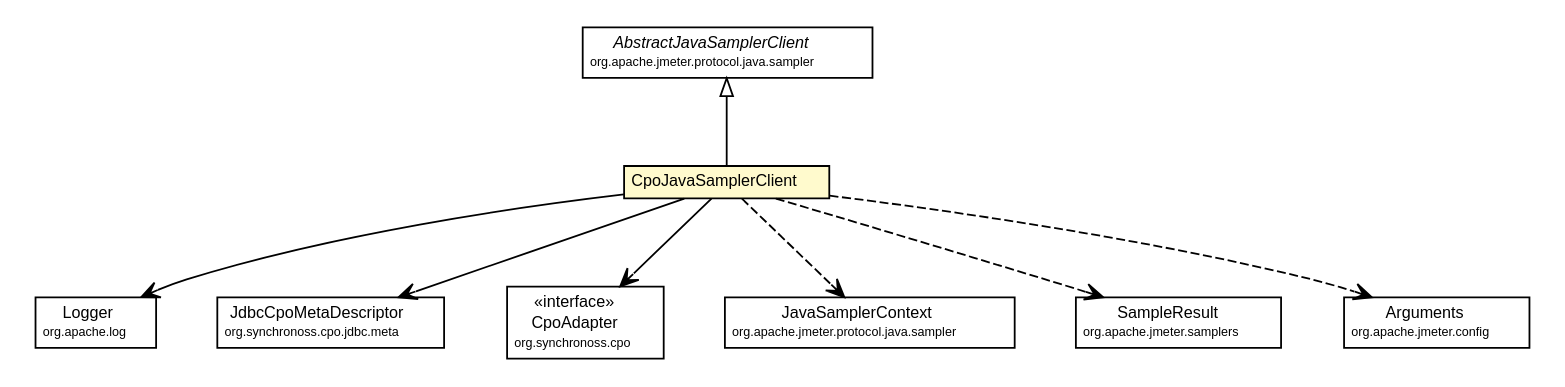
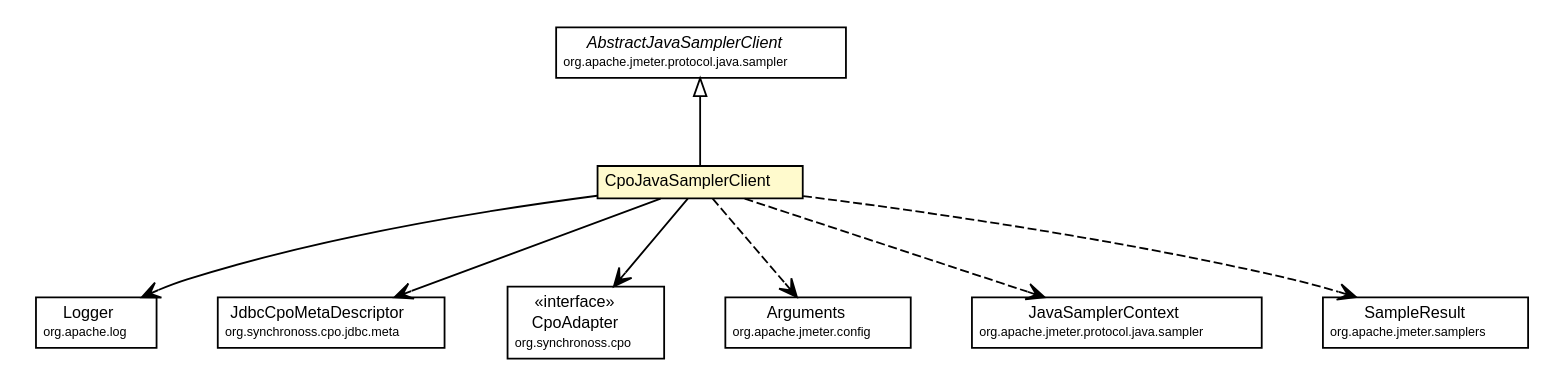
The diagram in site/testapidocs/org/synchronoss/cpo/jdbc/jmeter/CpoJavaSamplerClient.dot (synchronoss/cpo-api), drawn with Graphviz before and after one commit. The commit also changed 861 other files, not shown here.

```diff
--- a/site/testapidocs/org/synchronoss/cpo/jdbc/jmeter/CpoJavaSamplerClient.dot
+++ b/site/testapidocs/org/synchronoss/cpo/jdbc/jmeter/CpoJavaSamplerClient.dot
@@ -1,80 +1,80 @@
 #!/usr/local/bin/dot
 #
 # Class diagram 
 # Generated by UmlGraph version 4.6 (http://www.spinellis.gr/sw/umlgraph)
 #
 
 digraph G {
 	edge [fontname="Helvetica",fontsize=10,labelfontname="Helvetica",labelfontsize=10];
 	node [fontname="Helvetica",fontsize=10,shape=plaintext];
 	// org.synchronoss.cpo.jdbc.jmeter.CpoJavaSamplerClient
 	c2114 [label=<<table border="0" cellborder="1" cellspacing="0" cellpadding="2" port="p" bgcolor="lemonChiffon" href="./CpoJavaSamplerClient.html">
 		<tr><td><table border="0" cellspacing="0" cellpadding="1">
 			<tr><td> CpoJavaSamplerClient </td></tr>
 		</table></td></tr>
 		</table>>, fontname="Helvetica", fontcolor="black", fontsize=9.0];
 	//org.synchronoss.cpo.jdbc.jmeter.CpoJavaSamplerClient extends org.apache.jmeter.protocol.java.sampler.AbstractJavaSamplerClient
 	c2135:p -> c2114:p [dir=back,arrowtail=empty];
 	// org.synchronoss.cpo.jdbc.jmeter.CpoJavaSamplerClient NAVASSOC org.apache.log.Logger
 	c2114:p -> c2141:p [taillabel="", label="", headlabel="", fontname="Helvetica", fontcolor="black", fontsize=10.0, color="black", arrowhead=open];
 	// org.synchronoss.cpo.jdbc.jmeter.CpoJavaSamplerClient NAVASSOC org.synchronoss.cpo.jdbc.meta.JdbcCpoMetaDescriptor
 	c2114:p -> c2142:p [taillabel="", label="", headlabel="", fontname="Helvetica", fontcolor="black", fontsize=10.0, color="black", arrowhead=open];
 	// org.synchronoss.cpo.jdbc.jmeter.CpoJavaSamplerClient NAVASSOC org.synchronoss.cpo.CpoAdapter
 	c2114:p -> c2143:p [taillabel="", label="", headlabel="", fontname="Helvetica", fontcolor="black", fontsize=10.0, color="black", arrowhead=open];
+	// org.synchronoss.cpo.jdbc.jmeter.CpoJavaSamplerClient DEPEND org.apache.jmeter.config.Arguments
+	c2114:p -> c2147:p [taillabel="", label="", headlabel="", fontname="Helvetica", fontcolor="black", fontsize=10.0, color="black", arrowhead=open, style=dashed];
 	// org.synchronoss.cpo.jdbc.jmeter.CpoJavaSamplerClient DEPEND org.apache.jmeter.protocol.java.sampler.JavaSamplerContext
-	c2114:p -> c2145:p [taillabel="", label="", headlabel="", fontname="Helvetica", fontcolor="black", fontsize=10.0, color="black", arrowhead=open, style=dashed];
+	c2114:p -> c2149:p [taillabel="", label="", headlabel="", fontname="Helvetica", fontcolor="black", fontsize=10.0, color="black", arrowhead=open, style=dashed];
 	// org.synchronoss.cpo.jdbc.jmeter.CpoJavaSamplerClient DEPEND org.apache.jmeter.samplers.SampleResult
-	c2114:p -> c2149:p [taillabel="", label="", headlabel="", fontname="Helvetica", fontcolor="black", fontsize=10.0, color="black", arrowhead=open, style=dashed];
-	// org.synchronoss.cpo.jdbc.jmeter.CpoJavaSamplerClient DEPEND org.apache.jmeter.config.Arguments
 	c2114:p -> c2153:p [taillabel="", label="", headlabel="", fontname="Helvetica", fontcolor="black", fontsize=10.0, color="black", arrowhead=open, style=dashed];
 	// org.apache.jmeter.config.Arguments
-	c2153 [label=<<table border="0" cellborder="1" cellspacing="0" cellpadding="2" port="p" href="http://java.sun.com/j2se/1.4.2/docs/api/org/apache/jmeter/config/Arguments.html">
+	c2147 [label=<<table border="0" cellborder="1" cellspacing="0" cellpadding="2" port="p" href="http://java.sun.com/j2se/1.4.2/docs/api/org/apache/jmeter/config/Arguments.html">
 		<tr><td><table border="0" cellspacing="0" cellpadding="1">
 			<tr><td> Arguments </td></tr>
 			<tr><td><font point-size="7.0"> org.apache.jmeter.config </font></td></tr>
 		</table></td></tr>
 		</table>>, fontname="Helvetica", fontcolor="black", fontsize=9.0];
 	// org.apache.jmeter.protocol.java.sampler.AbstractJavaSamplerClient
 	c2135 [label=<<table border="0" cellborder="1" cellspacing="0" cellpadding="2" port="p" href="http://java.sun.com/j2se/1.4.2/docs/api/org/apache/jmeter/protocol/java/sampler/AbstractJavaSamplerClient.html">
 		<tr><td><table border="0" cellspacing="0" cellpadding="1">
 			<tr><td><font face="Helvetica-Oblique"> AbstractJavaSamplerClient </font></td></tr>
 			<tr><td><font point-size="7.0"> org.apache.jmeter.protocol.java.sampler </font></td></tr>
 		</table></td></tr>
 		</table>>, fontname="Helvetica", fontcolor="black", fontsize=9.0];
 	// org.apache.jmeter.protocol.java.sampler.JavaSamplerContext
-	c2145 [label=<<table border="0" cellborder="1" cellspacing="0" cellpadding="2" port="p" href="http://java.sun.com/j2se/1.4.2/docs/api/org/apache/jmeter/protocol/java/sampler/JavaSamplerContext.html">
+	c2149 [label=<<table border="0" cellborder="1" cellspacing="0" cellpadding="2" port="p" href="http://java.sun.com/j2se/1.4.2/docs/api/org/apache/jmeter/protocol/java/sampler/JavaSamplerContext.html">
 		<tr><td><table border="0" cellspacing="0" cellpadding="1">
 			<tr><td> JavaSamplerContext </td></tr>
 			<tr><td><font point-size="7.0"> org.apache.jmeter.protocol.java.sampler </font></td></tr>
 		</table></td></tr>
 		</table>>, fontname="Helvetica", fontcolor="black", fontsize=9.0];
 	// org.apache.log.Logger
 	c2141 [label=<<table border="0" cellborder="1" cellspacing="0" cellpadding="2" port="p" href="http://java.sun.com/j2se/1.4.2/docs/api/org/apache/log/Logger.html">
 		<tr><td><table border="0" cellspacing="0" cellpadding="1">
 			<tr><td> Logger </td></tr>
 			<tr><td><font point-size="7.0"> org.apache.log </font></td></tr>
 		</table></td></tr>
 		</table>>, fontname="Helvetica", fontcolor="black", fontsize=9.0];
 	// org.synchronoss.cpo.CpoAdapter
 	c2143 [label=<<table border="0" cellborder="1" cellspacing="0" cellpadding="2" port="p" href="http://java.sun.com/j2se/1.4.2/docs/api/org/synchronoss/cpo/CpoAdapter.html">
 		<tr><td><table border="0" cellspacing="0" cellpadding="1">
 			<tr><td> &laquo;interface&raquo; </td></tr>
 			<tr><td> CpoAdapter </td></tr>
 			<tr><td><font point-size="7.0"> org.synchronoss.cpo </font></td></tr>
 		</table></td></tr>
 		</table>>, fontname="Helvetica", fontcolor="black", fontsize=9.0];
 	// org.synchronoss.cpo.jdbc.meta.JdbcCpoMetaDescriptor
 	c2142 [label=<<table border="0" cellborder="1" cellspacing="0" cellpadding="2" port="p" href="http://java.sun.com/j2se/1.4.2/docs/api/org/synchronoss/cpo/jdbc/meta/JdbcCpoMetaDescriptor.html">
 		<tr><td><table border="0" cellspacing="0" cellpadding="1">
 			<tr><td> JdbcCpoMetaDescriptor </td></tr>
 			<tr><td><font point-size="7.0"> org.synchronoss.cpo.jdbc.meta </font></td></tr>
 		</table></td></tr>
 		</table>>, fontname="Helvetica", fontcolor="black", fontsize=9.0];
 	// org.apache.jmeter.samplers.SampleResult
-	c2149 [label=<<table border="0" cellborder="1" cellspacing="0" cellpadding="2" port="p" href="http://java.sun.com/j2se/1.4.2/docs/api/org/apache/jmeter/samplers/SampleResult.html">
+	c2153 [label=<<table border="0" cellborder="1" cellspacing="0" cellpadding="2" port="p" href="http://java.sun.com/j2se/1.4.2/docs/api/org/apache/jmeter/samplers/SampleResult.html">
 		<tr><td><table border="0" cellspacing="0" cellpadding="1">
 			<tr><td> SampleResult </td></tr>
 			<tr><td><font point-size="7.0"> org.apache.jmeter.samplers </font></td></tr>
 		</table></td></tr>
 		</table>>, fontname="Helvetica", fontcolor="black", fontsize=9.0];
 }
```
